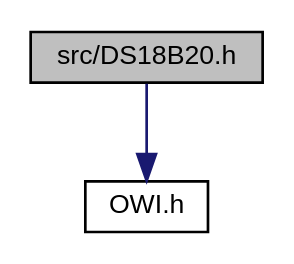
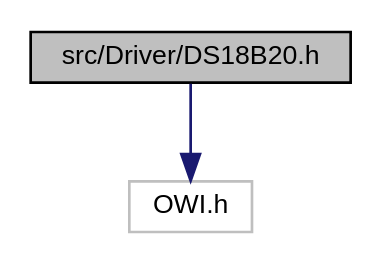
One commit to mikaelpatel/mikaelpatel.github.io changed the diagram in Arduino-OWI/d2/d15/DS18B20_8h__incl.dot. Above: the diagram before and after it, drawn with Graphviz. The commit also changed 69 other files, not shown here.

```diff
--- a/Arduino-OWI/d2/d15/DS18B20_8h__incl.dot
+++ b/Arduino-OWI/d2/d15/DS18B20_8h__incl.dot
@@ -1,8 +1,8 @@
-digraph "src/DS18B20.h"
+digraph "src/Driver/DS18B20.h"
 {
   edge [fontname="Helvetica",fontsize="10",labelfontname="Helvetica",labelfontsize="10"];
   node [fontname="Helvetica",fontsize="10",shape=record];
-  Node1 [label="src/DS18B20.h",height=0.2,width=0.4,color="black", fillcolor="grey75", style="filled", fontcolor="black"];
+  Node1 [label="src/Driver/DS18B20.h",height=0.2,width=0.4,color="black", fillcolor="grey75", style="filled", fontcolor="black"];
   Node1 -> Node2 [color="midnightblue",fontsize="10",style="solid",fontname="Helvetica"];
-  Node2 [label="OWI.h",height=0.2,width=0.4,color="black", fillcolor="white", style="filled",URL="$d5/d27/OWI_8h.html"];
+  Node2 [label="OWI.h",height=0.2,width=0.4,color="grey75", fillcolor="white", style="filled"];
 }
```
